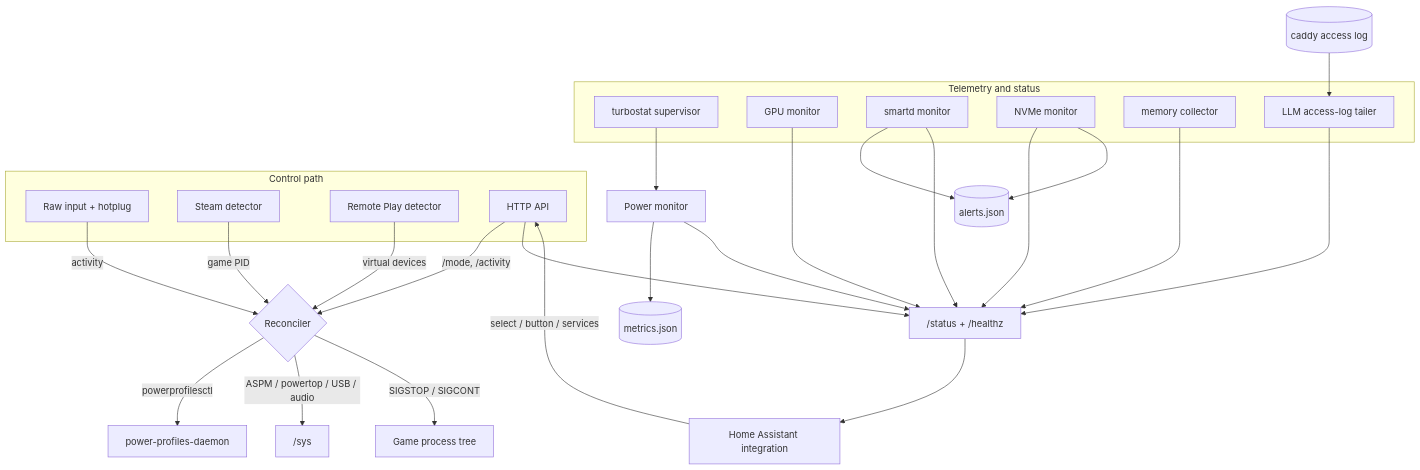
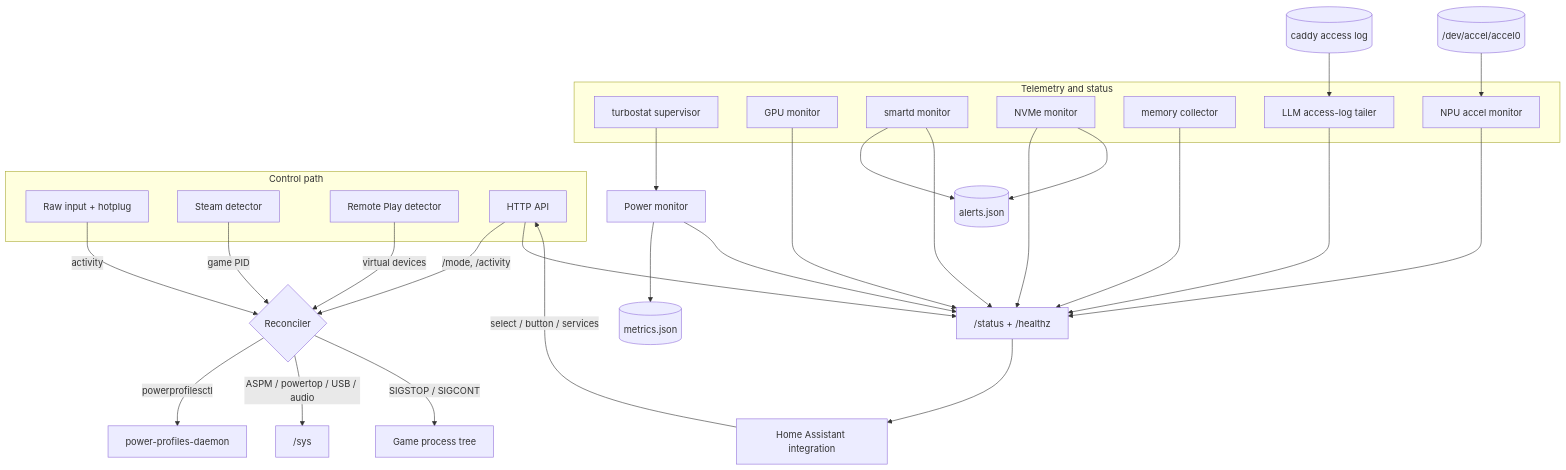
Before and after one commit to zaolin/framework-powerd: the diagram in docs/architecture.md, drawn with Mermaid. The commit also changed other lines of this file and 30 other files, not shown here.

````diff
--- a/docs/architecture.md
+++ b/docs/architecture.md
@@ -27,44 +27,47 @@
 ```mermaid
 flowchart TD
     subgraph Control["Control path"]
         Input["Raw input + hotplug"]
         Steam["Steam detector"]
         Remote["Remote Play detector"]
         API["HTTP API"]
     end
 
     Reconciler{"Reconciler"}
 
     Input -->|"activity"| Reconciler
     Steam -->|"game PID"| Reconciler
     Remote -->|"virtual devices"| Reconciler
     API -->|"/mode, /activity"| Reconciler
 
     Reconciler -->|"powerprofilesctl"| PPD["power-profiles-daemon"]
     Reconciler -->|"ASPM / powertop / USB / audio"| Sysfs["/sys"]
     Reconciler -->|"SIGSTOP / SIGCONT"| Pauser["Game process tree"]
 
     subgraph Telemetry["Telemetry and status"]
         Turbo["turbostat supervisor"]
         GPU["GPU monitor"]
         SMART["smartd monitor"]
         NVMe["NVMe monitor"]
         Mem["memory collector"]
         LLM["LLM access-log tailer"]
+        NPU["NPU accel monitor"]
     end
 
     Turbo --> PowerMon["Power monitor"]
     PowerMon --> Metrics[("metrics.json")]
     PowerMon --> Status["/status + /healthz"]
     GPU --> Status
     SMART --> Alerts[("alerts.json")]
     SMART --> Status
     NVMe --> Status
     NVMe --> Alerts
     Mem --> Status
     CaddyLog[("caddy access log")] --> LLM
     LLM --> Status
+    AccelDev[("/dev/accel/accel0")] --> NPU
+    NPU --> Status
     API --> Status
     Status --> HA["Home Assistant integration"]
     HA -->|"select / button / services"| API
 ```
````
